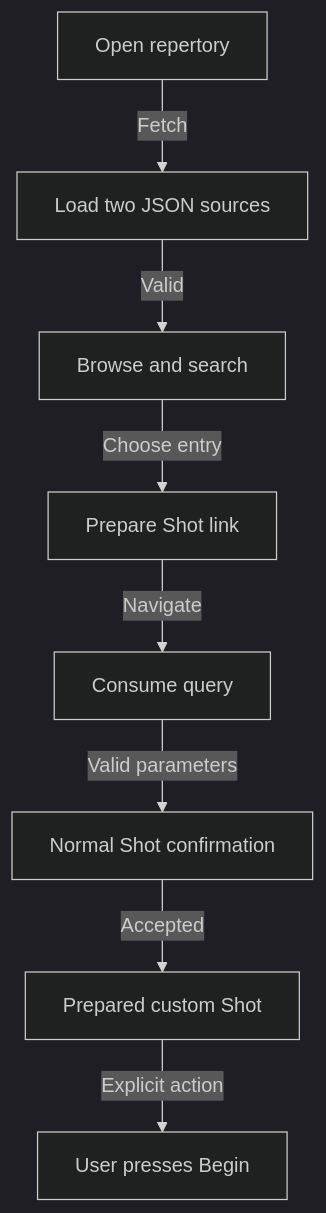
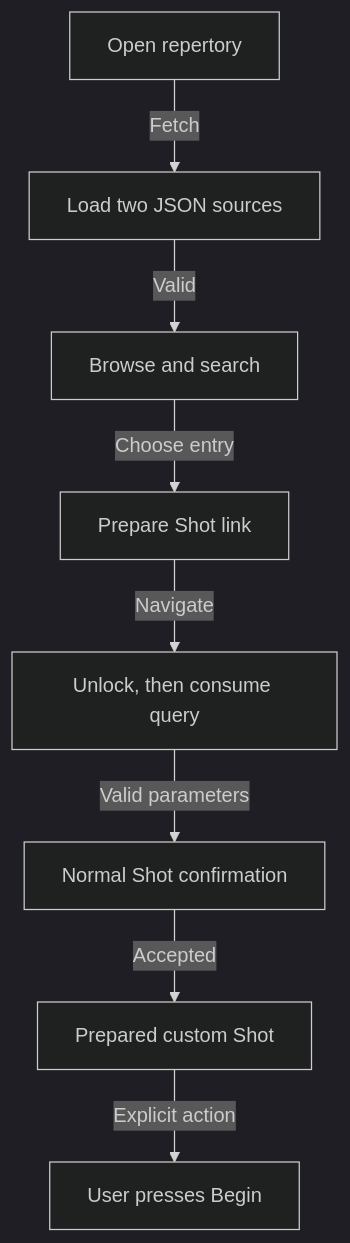
Diagram 24 of 24 in docs/app-map/FLOW-REFERENCE.md (missionode/lite), drawn with Mermaid (dark theme) before and after one commit. The commit also changed other lines of this file and 10 other files, not shown here.

````diff
--- a/docs/app-map/FLOW-REFERENCE.md
+++ b/docs/app-map/FLOW-REFERENCE.md
@@ -1107,18 +1107,18 @@
 ```mermaid
 flowchart TD
   open["Open repertory"]
   load["Load two JSON sources"]
   browse["Browse and search"]
   prepare["Prepare Shot link"]
-  consume["Consume query"]
+  consume["Unlock, then consume query"]
   confirm["Normal Shot confirmation"]
   ready["Prepared custom Shot"]
   begin["User presses Begin"]
   open -->|"Fetch"| load
   load -->|"Valid"| browse
   browse -->|"Choose entry"| prepare
   prepare -->|"Navigate"| consume
   consume -->|"Valid parameters"| confirm
   confirm -->|"Accepted"| ready
   ready -->|"Explicit action"| begin
 ```
````
